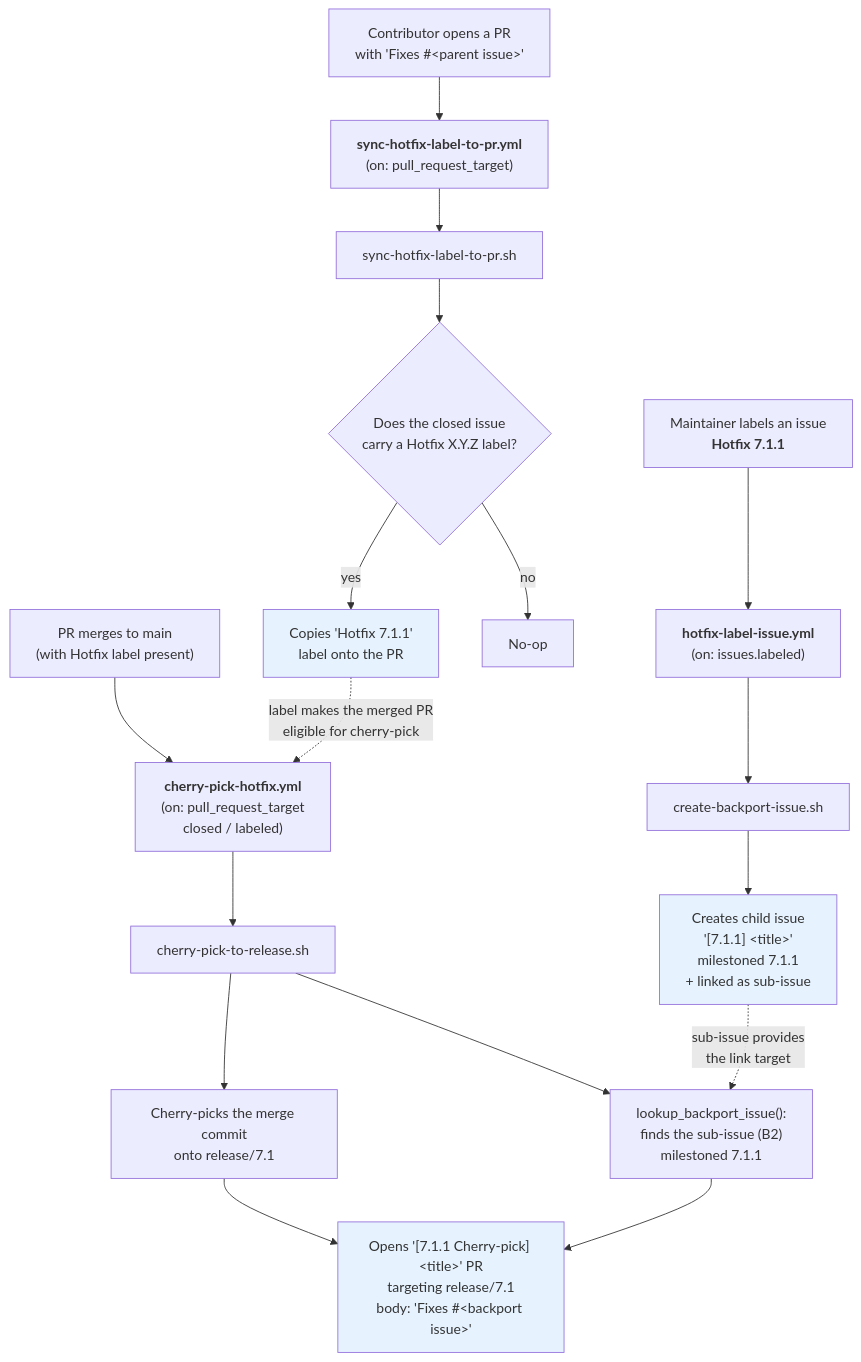
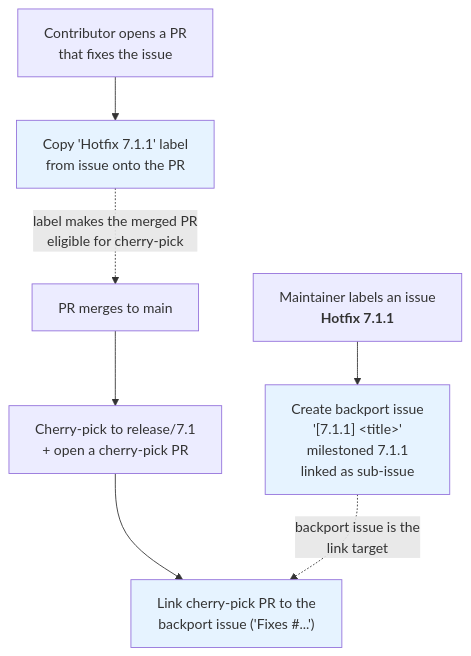
Before and after one commit to dotnet/SqlClient: the diagram in .github/workflows/hotfix-label-automation.md, drawn with Mermaid. The commit also changed other lines of this file and 2 other files, not shown here.

First line of the commit message:
Link every closing issue's backport, not just the first

````diff
--- a/.github/workflows/hotfix-label-automation.md
+++ b/.github/workflows/hotfix-label-automation.md
@@ -7,26 +7,16 @@
 ```mermaid
 flowchart TD
-    A["Maintainer labels an issue<br/><b>Hotfix 7.1.1</b>"] --> B["<b>hotfix-label-issue.yml</b><br/>(on: issues.labeled)"]
-    B --> B1["create-backport-issue.sh"]
-    B1 --> B2["Creates child issue<br/>'[7.1.1] &lt;title&gt;'<br/>milestoned 7.1.1<br/>+ linked as sub-issue"]
+    A["Maintainer labels an issue<br/><b>Hotfix 7.1.1</b>"] --> B["Create backport issue<br/>'[7.1.1] &lt;title&gt;'<br/>milestoned 7.1.1<br/>linked as sub-issue"]
 
-    C["Contributor opens a PR<br/>with 'Fixes #&lt;parent issue&gt;'"] --> D["<b>sync-hotfix-label-to-pr.yml</b><br/>(on: pull_request_target)"]
-    D --> D1["sync-hotfix-label-to-pr.sh"]
-    D1 --> D2{"Does the closed issue<br/>carry a Hotfix X.Y.Z label?"}
-    D2 -- yes --> D3["Copies 'Hotfix 7.1.1'<br/>label onto the PR"]
-    D2 -- no --> D4["No-op"]
+    C["Contributor opens a PR<br/>that fixes the issue"] --> D["Copy 'Hotfix 7.1.1' label<br/>from issue onto the PR"]
 
-    E["PR merges to main<br/>(with Hotfix label present)"] --> F["<b>cherry-pick-hotfix.yml</b><br/>(on: pull_request_target<br/>closed / labeled)"]
-    F --> F1["cherry-pick-to-release.sh"]
-    F1 --> F2["Cherry-picks the merge commit<br/>onto release/7.1"]
-    F1 --> F3["lookup_backport_issue():<br/>finds the sub-issue (B2)<br/>milestoned 7.1.1"]
-    F2 --> F4["Opens '[7.1.1 Cherry-pick] &lt;title&gt;' PR<br/>targeting release/7.1<br/>body: 'Fixes #&lt;backport issue&gt;'"]
-    F3 --> F4
+    E["PR merges to main"] --> F["Cherry-pick to release/7.1<br/>+ open a cherry-pick PR"]
+    F --> G["Link cherry-pick PR to the<br/>backport issue ('Fixes #...')"]
 
-    B2 -.->|"sub-issue provides<br/>the link target"| F3
-    D3 -.->|"label makes the merged PR<br/>eligible for cherry-pick"| F
+    B -.->|"backport issue is the<br/>link target"| G
+    D -.->|"label makes the merged PR<br/>eligible for cherry-pick"| E
 
-    style B2 fill:#e6f3ff
-    style D3 fill:#e6f3ff
-    style F4 fill:#e6f3ff
+    style B fill:#e6f3ff
+    style D fill:#e6f3ff
+    style G fill:#e6f3ff
 ```
````
